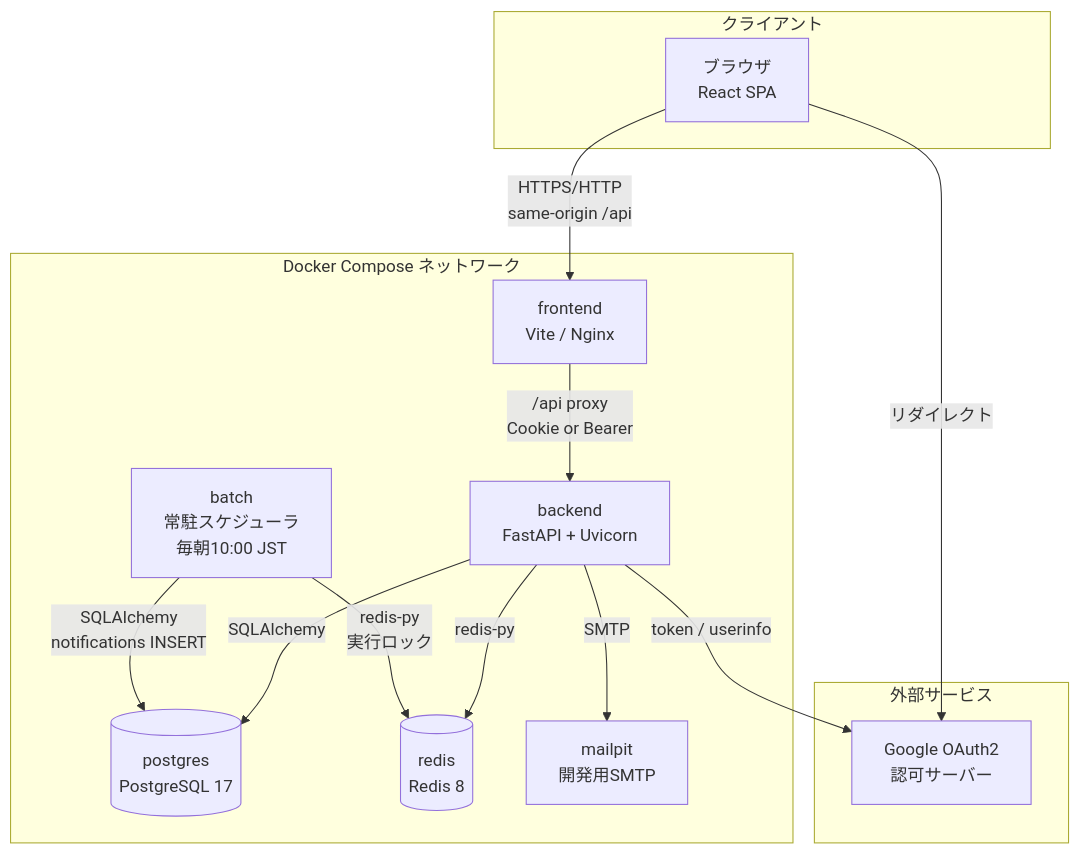
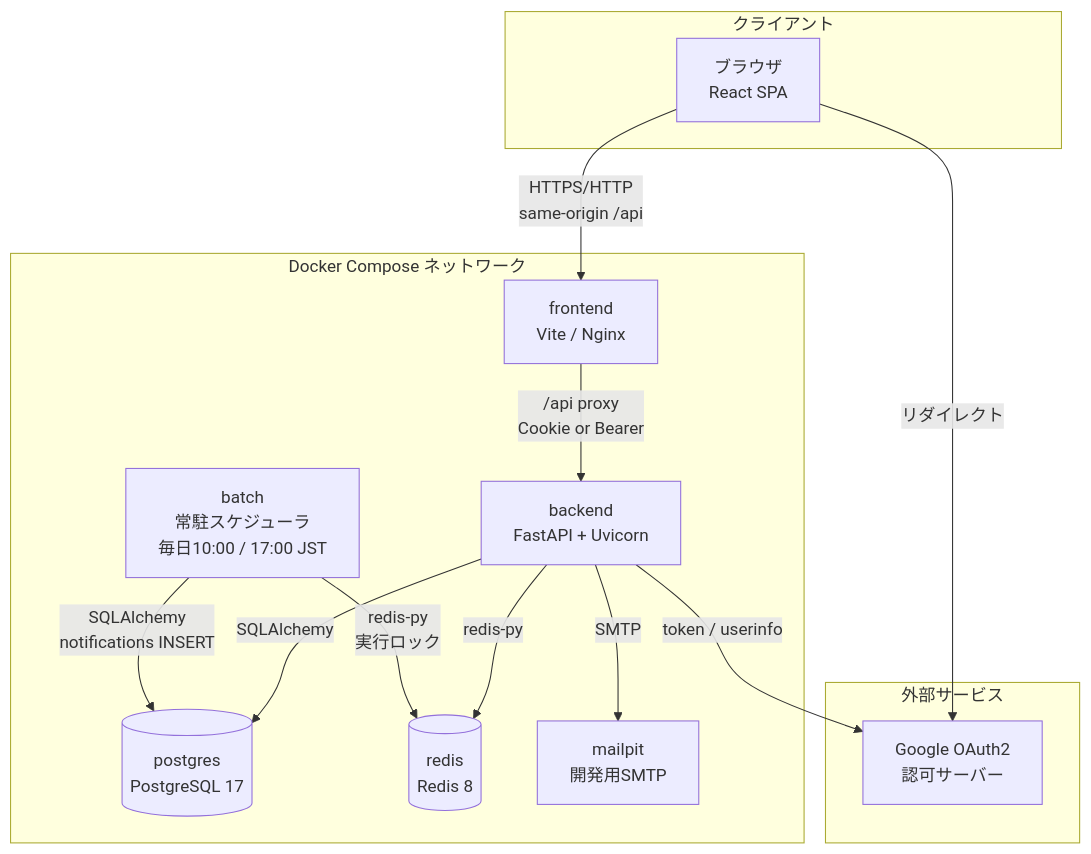
The first of 7 diagrams in basic_design/00_overview.md (oikawa-d/task_management), drawn with Mermaid before and after one commit. The commit also changed other lines of this file and 31 other files, not shown here.

````diff
--- a/basic_design/00_overview.md
+++ b/basic_design/00_overview.md
@@ -24,29 +24,29 @@
 ```mermaid
 flowchart TB
     subgraph client["クライアント"]
         BROWSER["ブラウザ<br/>React SPA"]
     end
 
     subgraph compose["Docker Compose ネットワーク"]
         FE["frontend<br/>Vite / Nginx"]
         API["backend<br/>FastAPI + Uvicorn"]
-        BAT["batch<br/>常駐スケジューラ<br/>毎朝10:00 JST"]
+        BAT["batch<br/>常駐スケジューラ<br/>毎日10:00 / 17:00 JST"]
         PG[("postgres<br/>PostgreSQL 17")]
         RD[("redis<br/>Redis 8")]
         MAIL["mailpit<br/>開発用SMTP"]
     end
 
     subgraph external["外部サービス"]
         GOOGLE["Google OAuth2<br/>認可サーバー"]
     end
 
     BROWSER -->|"HTTPS/HTTP<br/>same-origin /api"| FE
     FE -->|"/api proxy<br/>Cookie or Bearer"| API
     API -->|"SQLAlchemy"| PG
     API -->|"redis-py"| RD
     BAT -->|"SQLAlchemy<br/>notifications INSERT"| PG
     BAT -->|"redis-py<br/>実行ロック"| RD
     API -->|"SMTP"| MAIL
     API -->|"token / userinfo"| GOOGLE
     BROWSER -->|"リダイレクト"| GOOGLE
 ```
````
